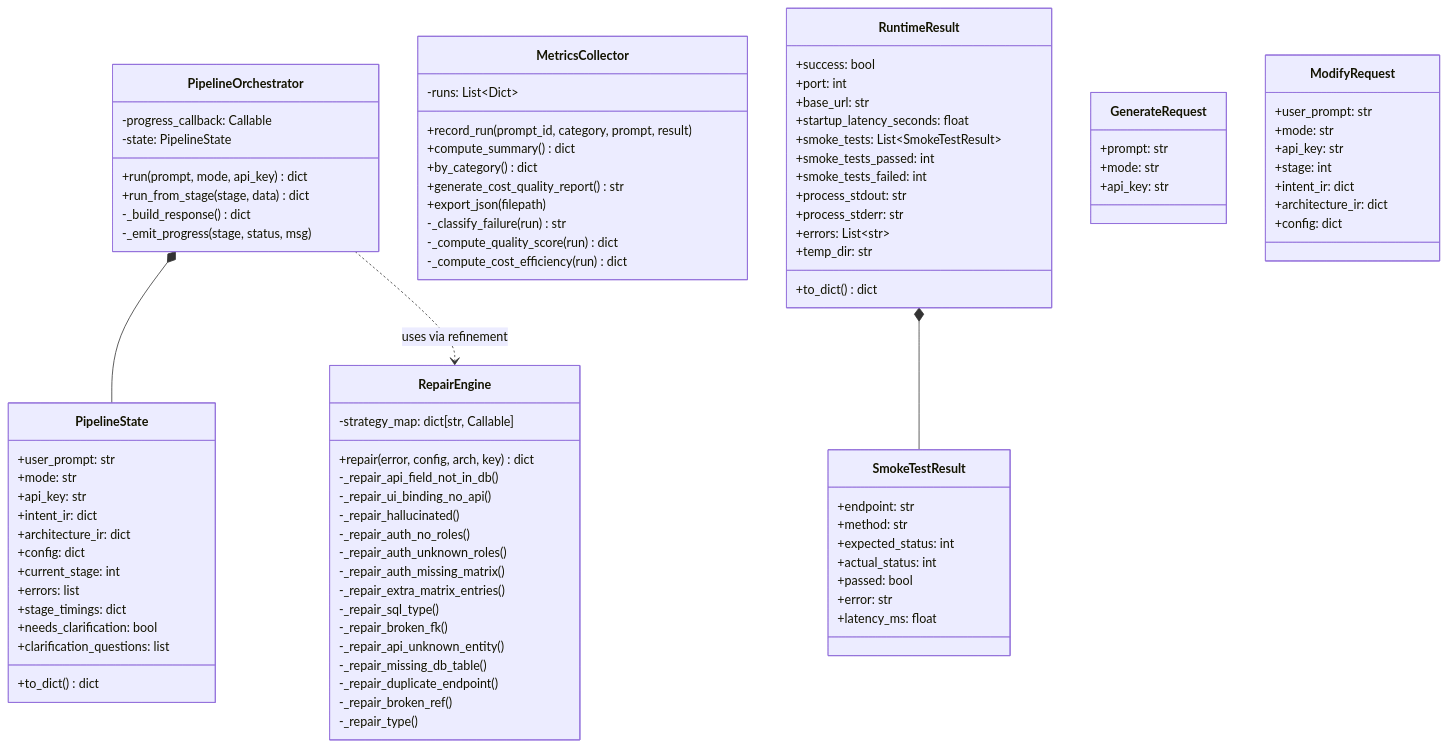
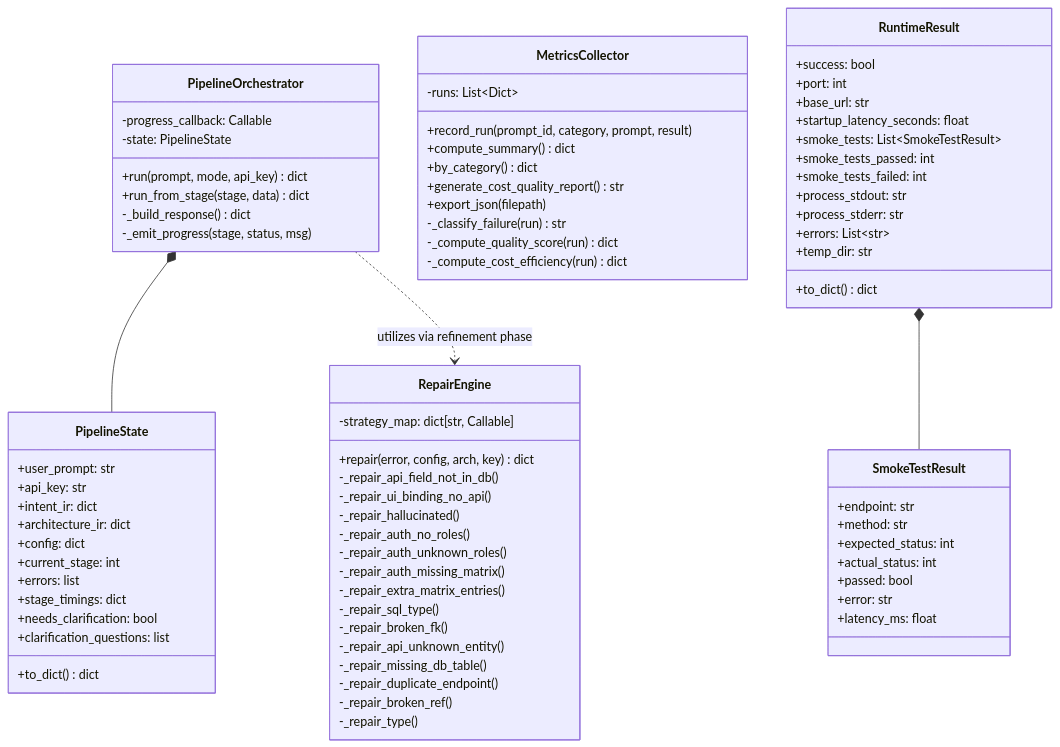
One commit to notsooamit/app-compiler changed the ninth of 19 diagrams in SOFTWARE_ARCHITECTURE.md. Above: the diagram before and after it, drawn with Mermaid. The commit also changed other lines of this file and 2 other files, not shown here.

````diff
--- a/SOFTWARE_ARCHITECTURE.md
+++ b/SOFTWARE_ARCHITECTURE.md
@@ -467,7 +445,6 @@
     
     class PipelineState {
         +user_prompt: str
-        +mode: str
         +api_key: str
         +intent_ir: dict
         +architecture_ir: dict
@@ -536,23 +513,7 @@
         +latency_ms: float
     }
     
-    class GenerateRequest {
-        +prompt: str
-        +mode: str
-        +api_key: str
-    }
-    
-    class ModifyRequest {
-        +user_prompt: str
-        +mode: str
-        +api_key: str
-        +stage: int
-        +intent_ir: dict
-        +architecture_ir: dict
-        +config: dict
-    }
-    
     PipelineOrchestrator *-- PipelineState
-    PipelineOrchestrator ..> RepairEngine : uses via refinement
+    PipelineOrchestrator ..> RepairEngine : utilizes via refinement phase
     RuntimeResult *-- SmokeTestResult
 ```
````
